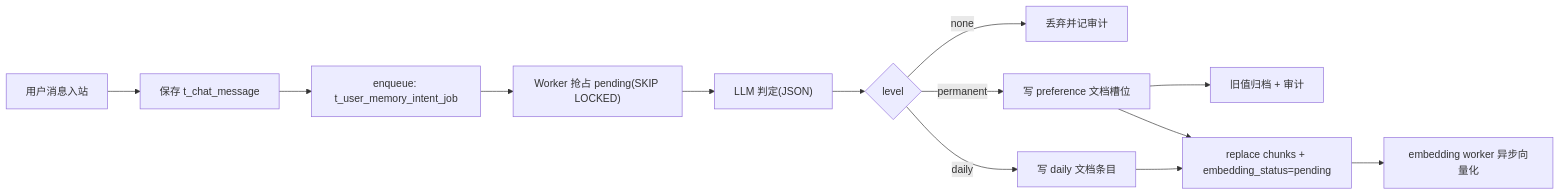
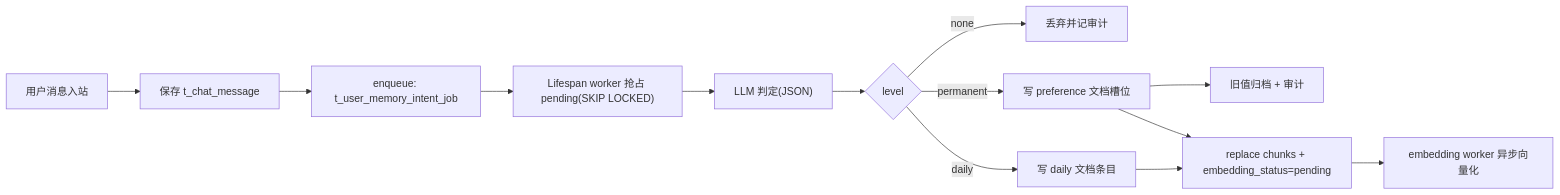
Before and after one commit to jijingkun-commits/fastapi: the diagram in docs/plans/2026-03-03-user-personalized-memory-llm-async-design.md, drawn with Mermaid. The commit also changed other lines of this file and 8 other files, not shown here.

````diff
--- a/docs/plans/2026-03-03-user-personalized-memory-llm-async-design.md
+++ b/docs/plans/2026-03-03-user-personalized-memory-llm-async-design.md
@@ -72,15 +73,15 @@
 ```mermaid
 flowchart LR
     A["用户消息入站"] --> B["保存 t_chat_message"]
     B --> C["enqueue: t_user_memory_intent_job"]
-    C --> D["Worker 抢占 pending(SKIP LOCKED)"]
+    C --> D["Lifespan worker 抢占 pending(SKIP LOCKED)"]
     D --> E["LLM 判定(JSON)"]
     E --> F{"level"}
     F -->|none| G["丢弃并记审计"]
     F -->|daily| H["写 daily 文档条目"]
     F -->|permanent| I["写 preference 文档槽位"]
     I --> J["旧值归档 + 审计"]
     H --> K["replace chunks + embedding_status=pending"]
     I --> K
     K --> L["embedding worker 异步向量化"]
 ```
````
